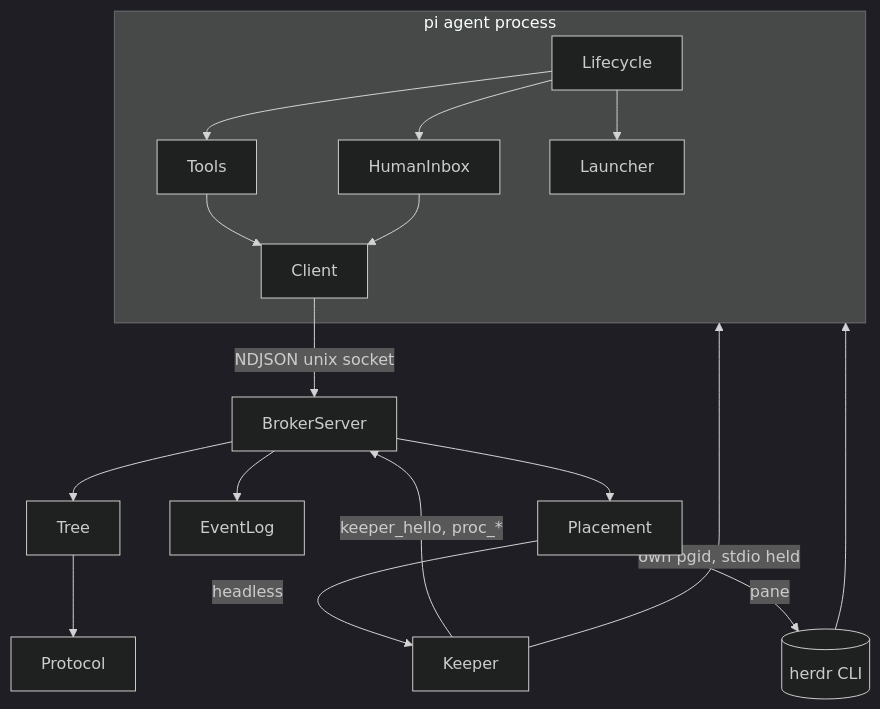
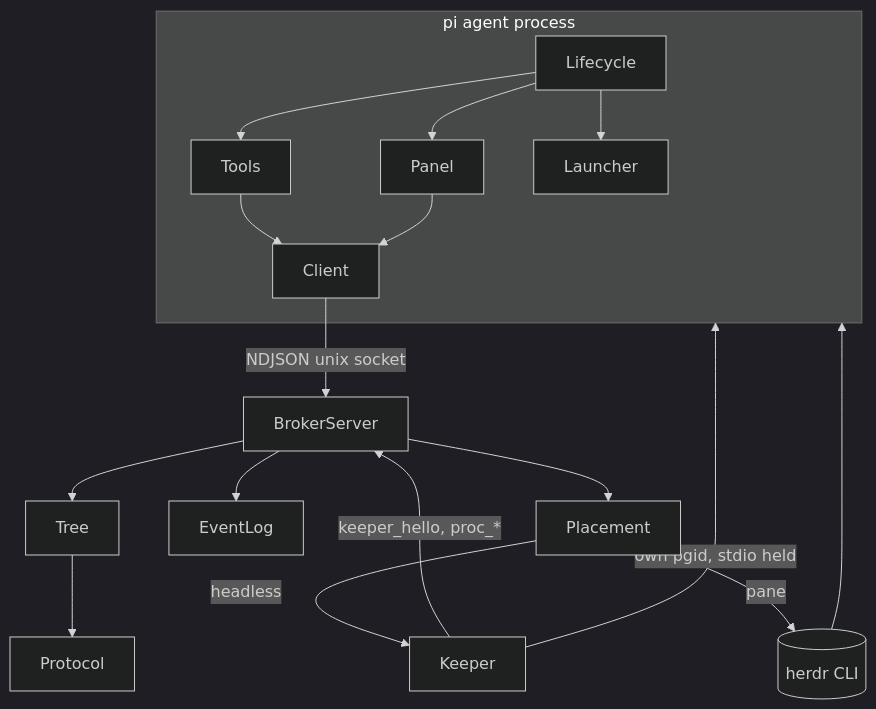
One commit to jkeskikangas/pi-actors changed the diagram in designs/pi-actors.md. Above: the diagram before and after it, drawn with Mermaid (dark theme). The commit also changed other lines of this file and 27 other files, not shown here.

````diff
--- a/designs/pi-actors.md
+++ b/designs/pi-actors.md
@@ -43,15 +43,15 @@
 ```mermaid
 graph TD
   subgraph agent["pi agent process"]
     Lifecycle --> Tools --> Client
-    Lifecycle --> HumanInbox --> Client
+    Lifecycle --> Panel --> Client
     Lifecycle --> Launcher
   end
   Client -- NDJSON unix socket --> BrokerServer
   BrokerServer --> Tree --> Protocol
   BrokerServer --> EventLog
   BrokerServer --> Placement
   Placement -- headless --> Keeper -- "own pgid, stdio held" --> agent
   Keeper -- "keeper_hello, proc_*" --> BrokerServer
   Placement -- pane --> herdr[(herdr CLI)] --> agent
 ```
````
